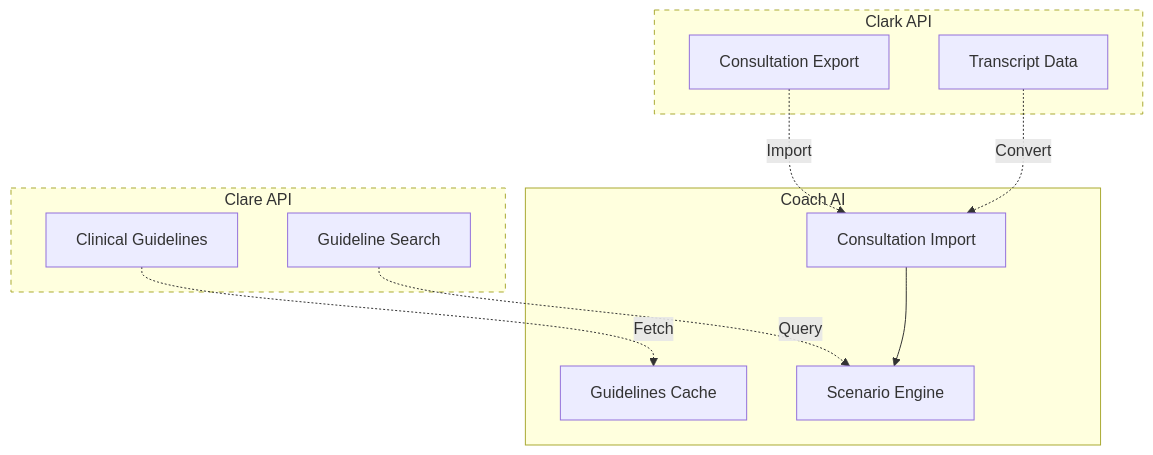
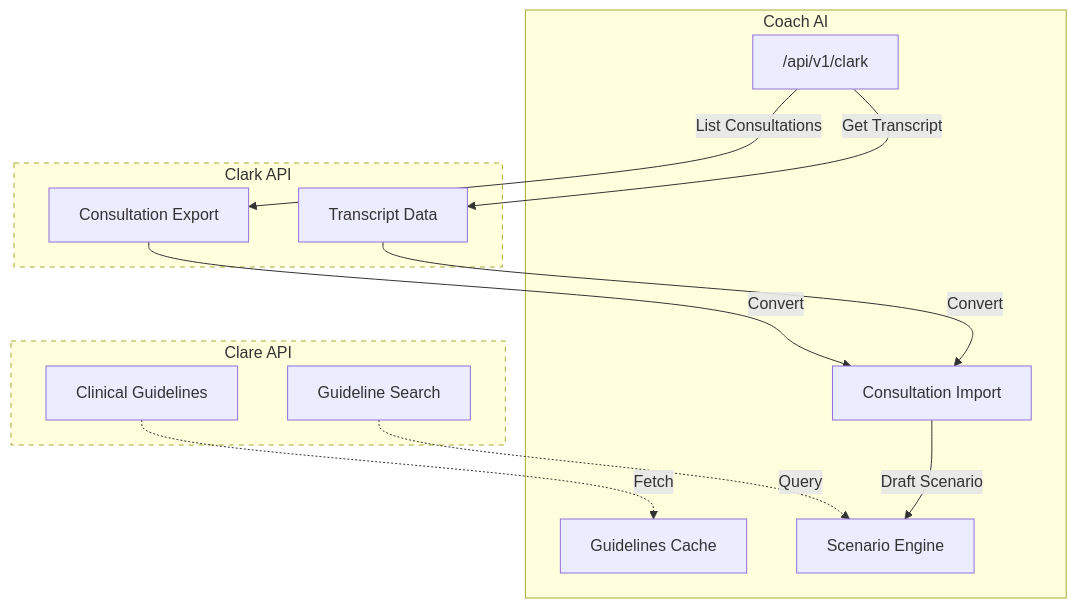
The seventh of 10 diagrams in docs/diagrams/data-flow.md (Amoukli/Coach_AI), drawn with Mermaid before and after one commit. The commit also changed other lines of this file and 4 other files, not shown here.

First line of the commit message:
Update architecture diagrams for Admin UI and Clark integration

````diff
--- a/docs/diagrams/data-flow.md
+++ b/docs/diagrams/data-flow.md
@@ -227,27 +244,30 @@
 ```mermaid
 flowchart TD
     subgraph Coach["Coach AI"]
         ScenarioEngine[Scenario Engine]
         Guidelines[Guidelines Cache]
         Import[Consultation Import]
+        ClarkAPI["/api/v1/clark"]
     end
 
     subgraph Clare["Clare API"]
         ClareGuidelines[Clinical Guidelines]
         ClareSearch[Guideline Search]
     end
 
     subgraph Clark["Clark API"]
         ClarkConsult[Consultation Export]
         ClarkTranscript[Transcript Data]
     end
 
     ClareGuidelines -.->|Fetch| Guidelines
     ClareSearch -.->|Query| ScenarioEngine
-    ClarkConsult -.->|Import| Import
-    ClarkTranscript -.->|Convert| Import
-    Import --> ScenarioEngine
+    ClarkAPI -->|List Consultations| ClarkConsult
+    ClarkAPI -->|Get Transcript| ClarkTranscript
+    ClarkConsult -->|Convert| Import
+    ClarkTranscript -->|Convert| Import
+    Import -->|Draft Scenario| ScenarioEngine
 
     style Clare stroke-dasharray: 5 5
     style Clark stroke-dasharray: 5 5
 ```
````
